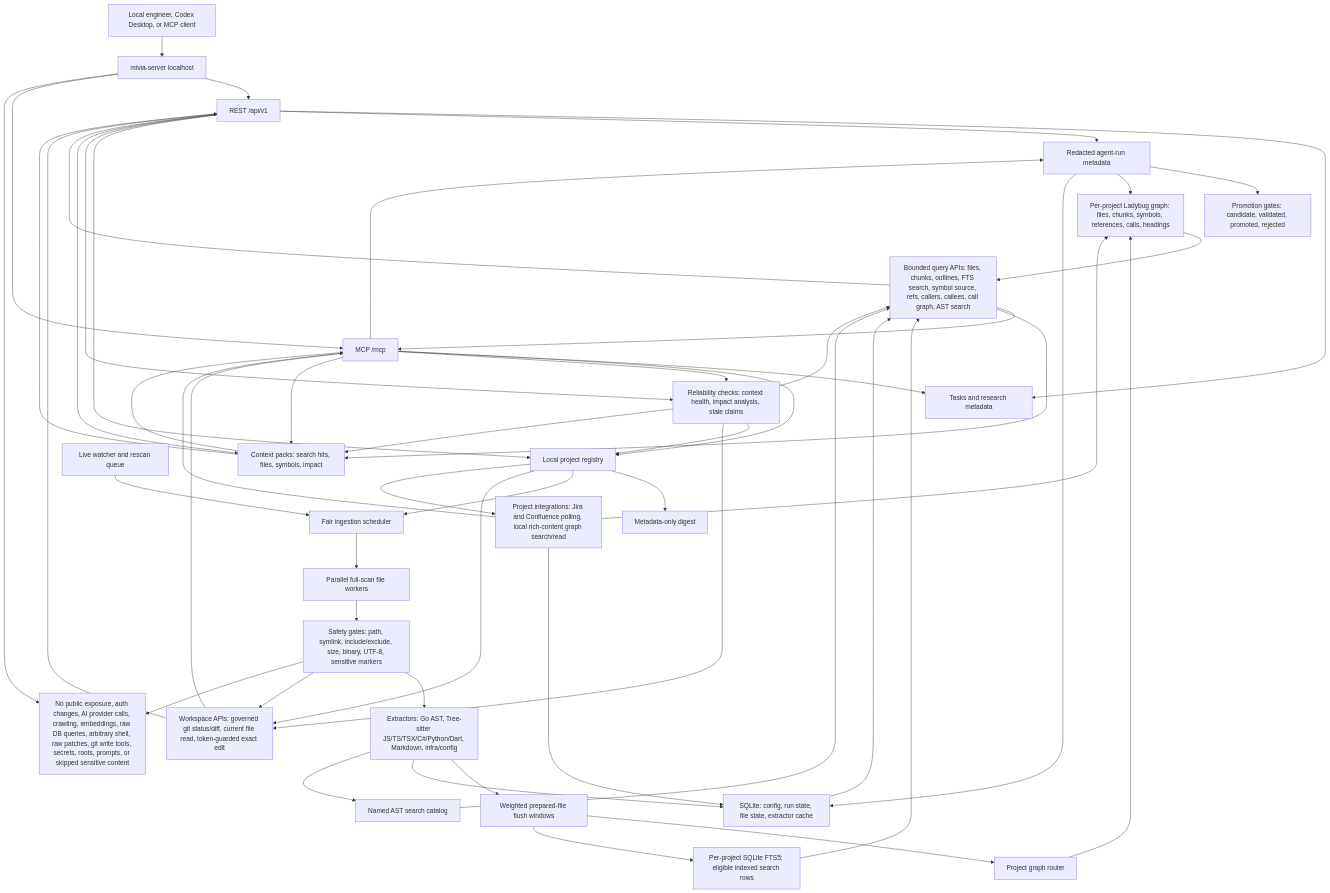
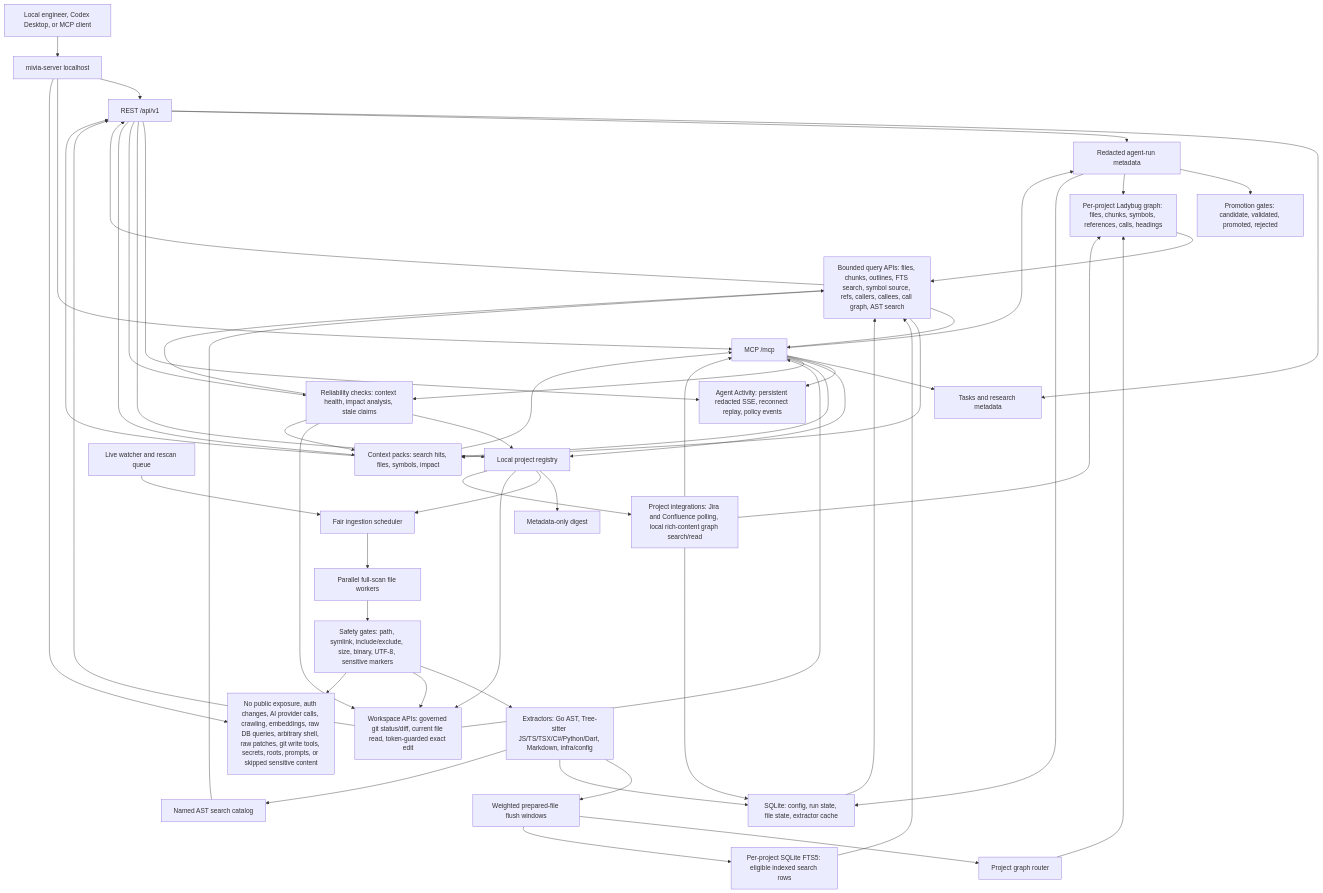
Before and after one commit to MiviaLabs/go-mivia: the first of 4 diagrams in README.md, drawn with Mermaid. The commit also changed other lines of this file, not shown here.

Commit message:
docs(readme): highlight agent activity stream

```diff
--- a/README.md
+++ b/README.md
@@ -28,6 +28,7 @@
   MCP["MCP /mcp"]
   Tasks["Tasks and research metadata"]
   AgentRuns["Redacted agent-run metadata"]
+  Activity["Agent Activity: persistent redacted SSE, reconnect replay, policy events"]
   Registry["Local project registry"]
   Reliability["Reliability checks: context health, impact analysis, stale claims"]
   ContextPack["Context packs: search hits, files, symbols, impact"]
@@ -56,6 +57,8 @@
   MCP --> Tasks
   REST --> AgentRuns
   MCP --> AgentRuns
+  REST --> Activity
+  MCP --> Activity
   AgentRuns --> Promotion
   REST --> Registry
   MCP --> Registry
```
